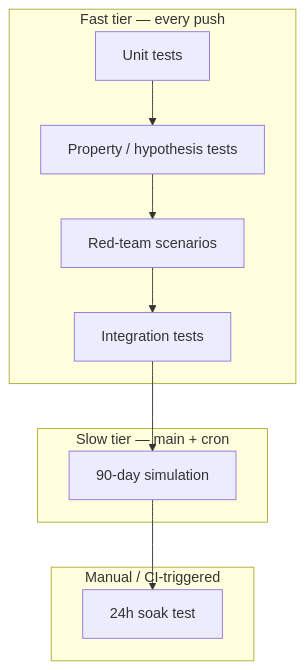
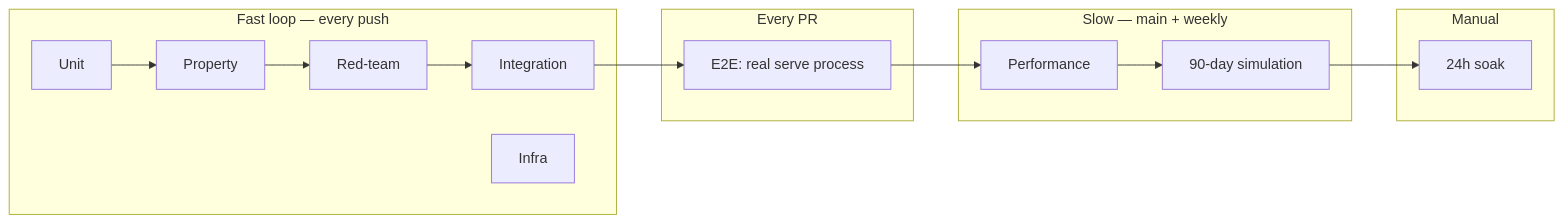
The diagram in docs/engineering/26-testing-strategy.md (darwin-agents/darwin-agents), drawn with Mermaid before and after one commit. The commit also changed other lines of this file and 20 other files, not shown here.

````diff
--- a/docs/engineering/26-testing-strategy.md
+++ b/docs/engineering/26-testing-strategy.md
@@ -14,16 +27,18 @@
 ```mermaid
-flowchart TB
-    subgraph fastTier [Fast tier — every push]
-        unit[Unit tests]
-        property[Property / hypothesis tests]
-        redteam[Red-team scenarios]
-        integration[Integration tests]
+flowchart LR
+    subgraph fastTier [Fast loop — every push]
+        unit[Unit] --> property[Property] --> redteam[Red-team] --> integration[Integration]
+        infra[Infra]
     end
-    subgraph slowTier [Slow tier — main + cron]
-        sim[90-day simulation]
+    subgraph prTier [Every PR]
+        e2e[E2E: real serve process]
     end
-    subgraph manualTier [Manual / CI-triggered]
-        soak[24h soak test]
+    subgraph slowTier [Slow — main + weekly]
+        perf[Performance] --> sim[90-day simulation]
     end
-    unit --> property --> redteam --> integration --> sim --> soak
+    subgraph manualTier [Manual]
+        soak[24h soak]
+    end
+    integration --> e2e --> perf
+    sim --> soak
 ```
````
